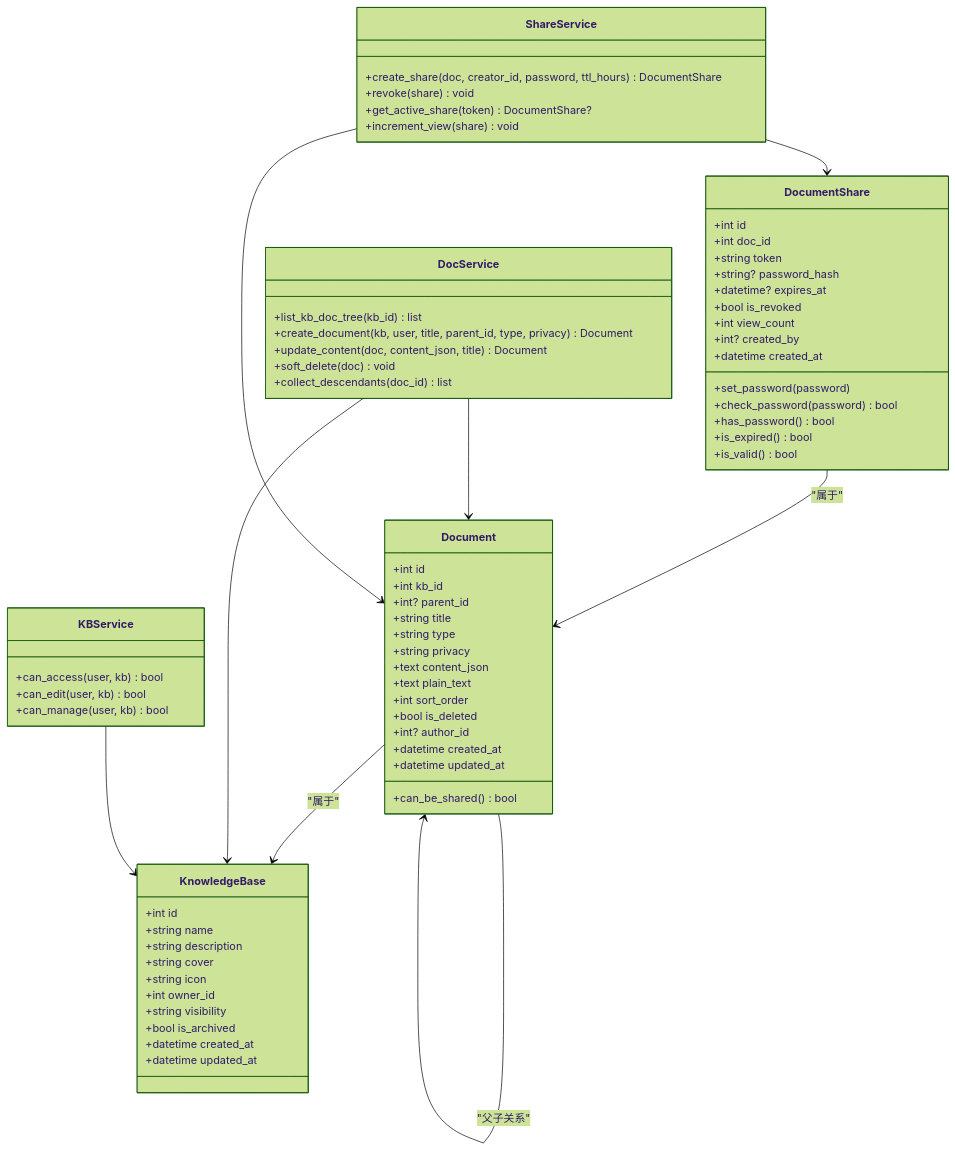
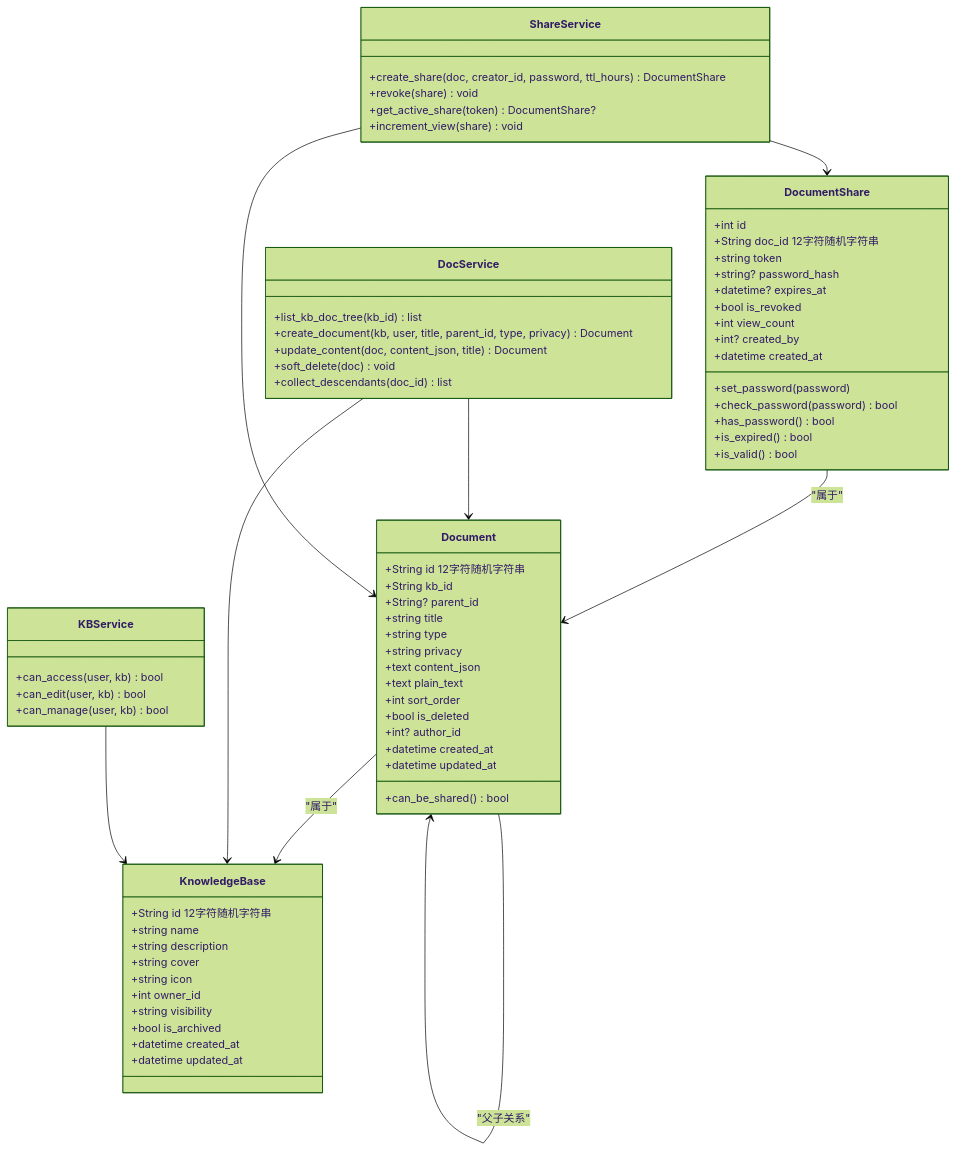
One commit to beyondalbert/my_wiki changed the third of 3 diagrams in .qoder/repowiki/zh/content/核心模块/文档管理系统/文档蓝图路由.md. Above: the diagram before and after it, drawn with Mermaid (forest theme). The commit also changed other lines of this file and 21 other files, not shown here.

````diff
--- a/.qoder/repowiki/zh/content/核心模块/文档管理系统/文档蓝图路由.md
+++ b/.qoder/repowiki/zh/content/核心模块/文档管理系统/文档蓝图路由.md
@@ -441,73 +465,73 @@
 ```mermaid
 classDiagram
 class Document {
-+int id
-+int kb_id
-+int? parent_id
++String id 12字符随机字符串
++String kb_id
++String? parent_id
 +string title
 +string type
 +string privacy
 +text content_json
 +text plain_text
 +int sort_order
 +bool is_deleted
 +int? author_id
 +datetime created_at
 +datetime updated_at
 +can_be_shared() bool
 }
 class KnowledgeBase {
-+int id
++String id 12字符随机字符串
 +string name
 +string description
 +string cover
 +string icon
 +int owner_id
 +string visibility
 +bool is_archived
 +datetime created_at
 +datetime updated_at
 }
 class DocumentShare {
 +int id
-+int doc_id
++String doc_id 12字符随机字符串
 +string token
 +string? password_hash
 +datetime? expires_at
 +bool is_revoked
 +int view_count
 +int? created_by
 +datetime created_at
 +set_password(password)
 +check_password(password) bool
 +has_password() bool
 +is_expired() bool
 +is_valid() bool
 }
 class DocService {
 +list_kb_doc_tree(kb_id) list
 +create_document(kb, user, title, parent_id, type, privacy) Document
 +update_content(doc, content_json, title) Document
 +soft_delete(doc) void
 +collect_descendants(doc_id) list
 }
 class KBService {
 +can_access(user, kb) bool
 +can_edit(user, kb) bool
 +can_manage(user, kb) bool
 }
 class ShareService {
 +create_share(doc, creator_id, password, ttl_hours) DocumentShare
 +revoke(share) void
 +get_active_share(token) DocumentShare?
 +increment_view(share) void
 }
 Document --> KnowledgeBase : "属于"
 Document --> Document : "父子关系"
 DocumentShare --> Document : "属于"
 DocService --> Document
 DocService --> KnowledgeBase
 KBService --> KnowledgeBase
 ShareService --> Document
 ShareService --> DocumentShare
 ```
````
